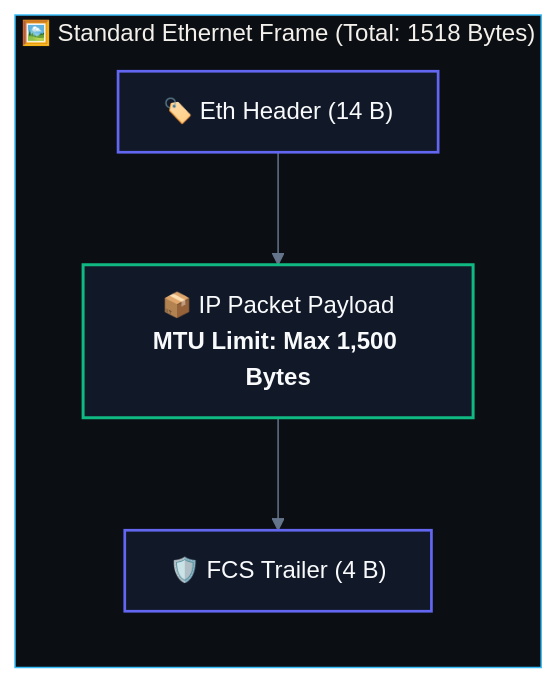
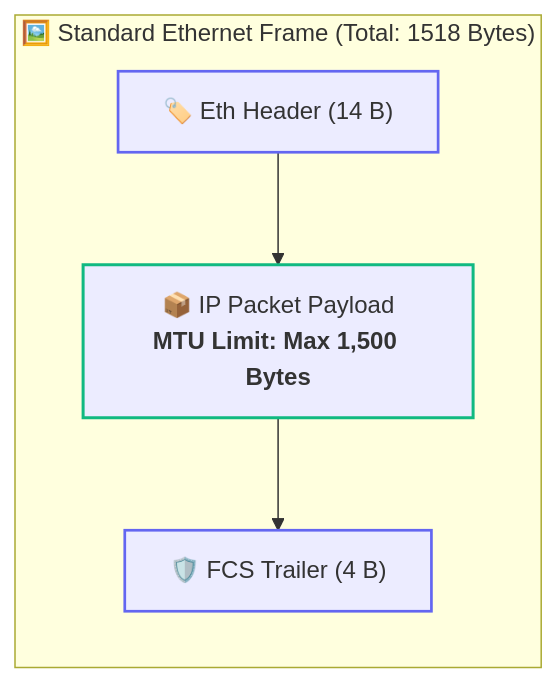
Before and after one commit to abhinavbharti2345/CS_Notes: the first of 3 diagrams in CS/Computer Networking/02. Data Flow & Encapsulation/05. MTU and Fragmentation.md, drawn with Mermaid. The commit also changed other lines of this file and 91 other files, not shown here.

````diff
--- a/CS/Computer Networking/02. Data Flow & Encapsulation/05. MTU and Fragmentation.md
+++ b/CS/Computer Networking/02. Data Flow & Encapsulation/05. MTU and Fragmentation.md
@@ -27,16 +27,15 @@
 ```mermaid
-%%{init: {'theme': 'base', 'themeVariables': { 'darkMode': true, 'background': '#0B0F14', 'mainBkg': '#111827', 'primaryColor': '#111827', 'primaryTextColor': '#F8FAFC', 'primaryBorderColor': '#38BDF8', 'lineColor': '#64748B', 'secondaryColor': '#0B0F14', 'tertiaryColor': '#0B0F14', 'clusterBkg': '#0B0F14', 'clusterBorder': '#38BDF8' }}}%%
 flowchart TD
     subgraph Frame ["🖼️ Standard Ethernet Frame (Total: 1518 Bytes)"]
         direction TD
         H["🏷️ Eth Header (14 B)"]
         IP["📦 IP Packet Payload<br/><b>MTU Limit: Max 1,500 Bytes</b>"]
         T["🛡️ FCS Trailer (4 B)"]
         H --> IP --> T
     end
 
-    classDef eth fill:#111827,stroke:#6366f1,stroke-width:1.8px,color:#F8FAFC;
-    classDef mtu fill:#111827,stroke:#10b981,stroke-width:2px,color:#F8FAFC;
+    classDef eth stroke:#6366f1,stroke-width:1.8px;
+    classDef mtu stroke:#10b981,stroke-width:2px;
     class H,T eth;
     class IP mtu;
 ```
````
